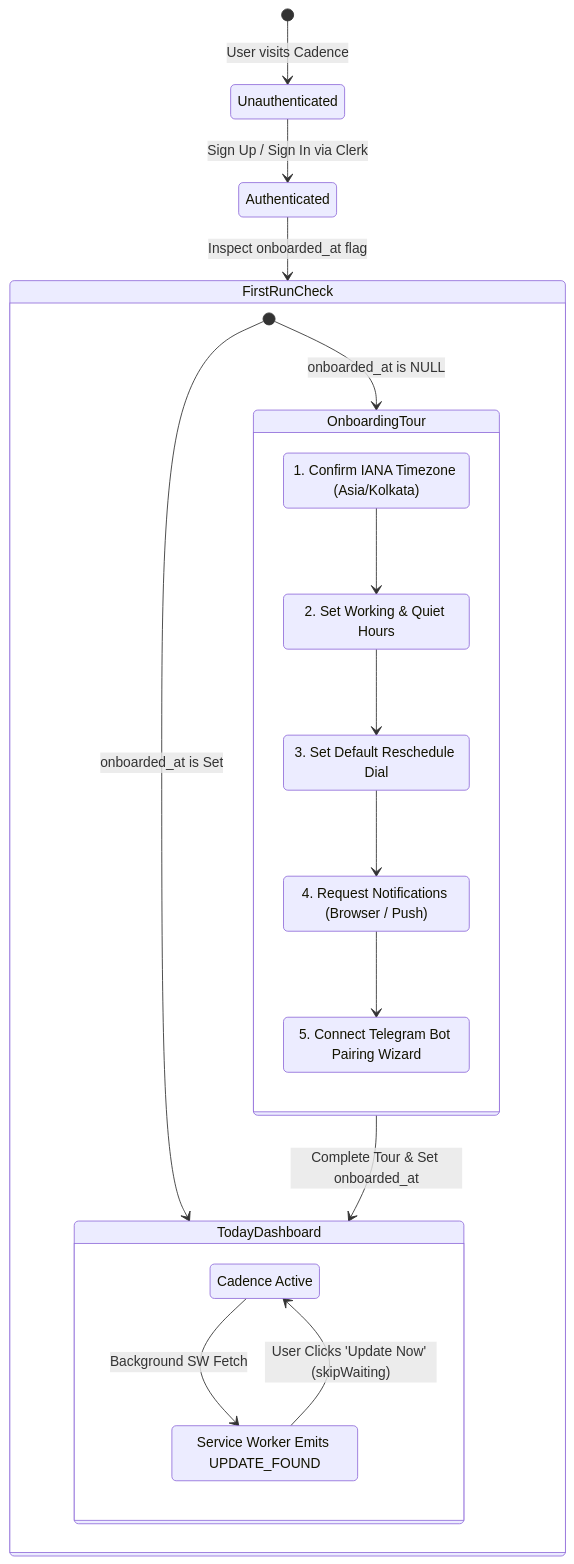
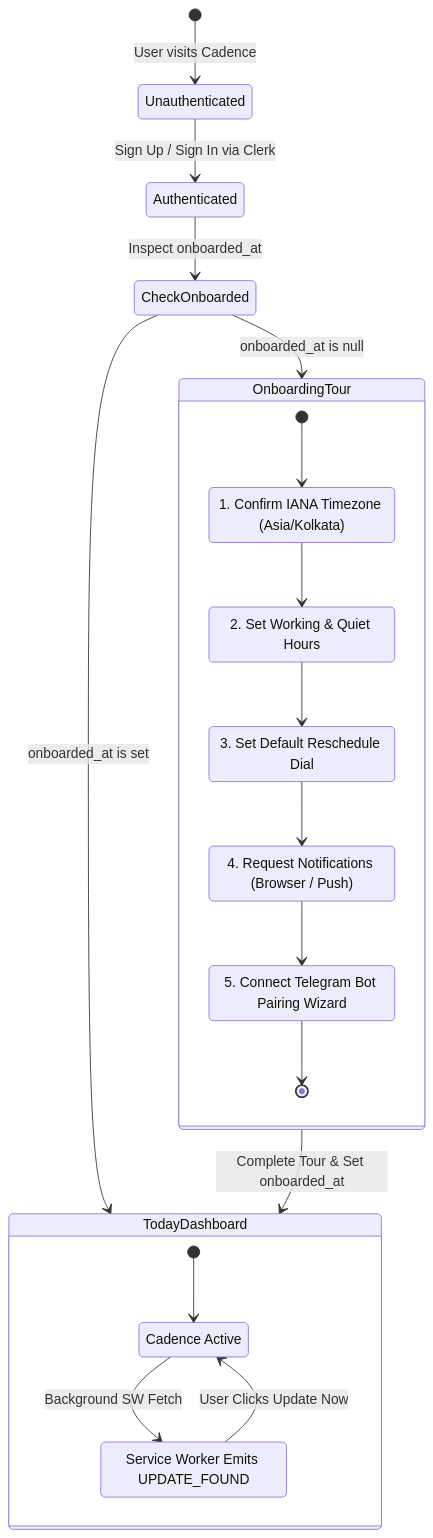
The seventh of 8 diagrams in docs/cadence-end-to-end-architecture-and-developer-guide.md (Driftloom/TaskOS), drawn with Mermaid before and after one commit. The commit also changed other lines of this file and 19 other files, not shown here.

Commit message:
docs: author end-to-end user manual, architecture guide and 45 verified mermaid diagrams

````diff
--- a/docs/cadence-end-to-end-architecture-and-developer-guide.md
+++ b/docs/cadence-end-to-end-architecture-and-developer-guide.md
@@ -471,33 +470,34 @@
 ```mermaid
 stateDiagram-v2
     [*] --> Unauthenticated: User visits Cadence
     Unauthenticated --> Authenticated: Sign Up / Sign In via Clerk
-    Authenticated --> FirstRunCheck: Inspect onboarded_at flag
-    
-    state FirstRunCheck {
-        [*] --> OnboardingTour: onboarded_at is NULL
-        [*] --> TodayDashboard: onboarded_at is Set
-    }
+    Authenticated --> CheckOnboarded: Inspect onboarded_at
+
+    CheckOnboarded --> OnboardingTour: onboarded_at is null
+    CheckOnboarded --> TodayDashboard: onboarded_at is set
 
     state OnboardingTour {
+        [*] --> Step1_Timezone
         Step1_Timezone: 1. Confirm IANA Timezone (Asia/Kolkata)
         Step2_Rhythm: 2. Set Working & Quiet Hours
         Step3_Dial: 3. Set Default Reschedule Dial
         Step4_Permissions: 4. Request Notifications (Browser / Push)
         Step5_Telegram: 5. Connect Telegram Bot Pairing Wizard
         
         Step1_Timezone --> Step2_Rhythm
         Step2_Rhythm --> Step3_Dial
         Step3_Dial --> Step4_Permissions
         Step4_Permissions --> Step5_Telegram
+        Step5_Telegram --> [*]
     }
 
     OnboardingTour --> TodayDashboard: Complete Tour & Set onboarded_at
-    
+
     state TodayDashboard {
+        [*] --> RunningApp
         RunningApp: Cadence Active
+        RunningApp --> PwaUpdateDetected: Background SW Fetch
         PwaUpdateDetected: Service Worker Emits UPDATE_FOUND
-        RunningApp --> PwaUpdateDetected: Background SW Fetch
-        PwaUpdateDetected --> RunningApp: User Clicks 'Update Now' (skipWaiting)
+        PwaUpdateDetected --> RunningApp: User Clicks Update Now
     }
 ```
````
